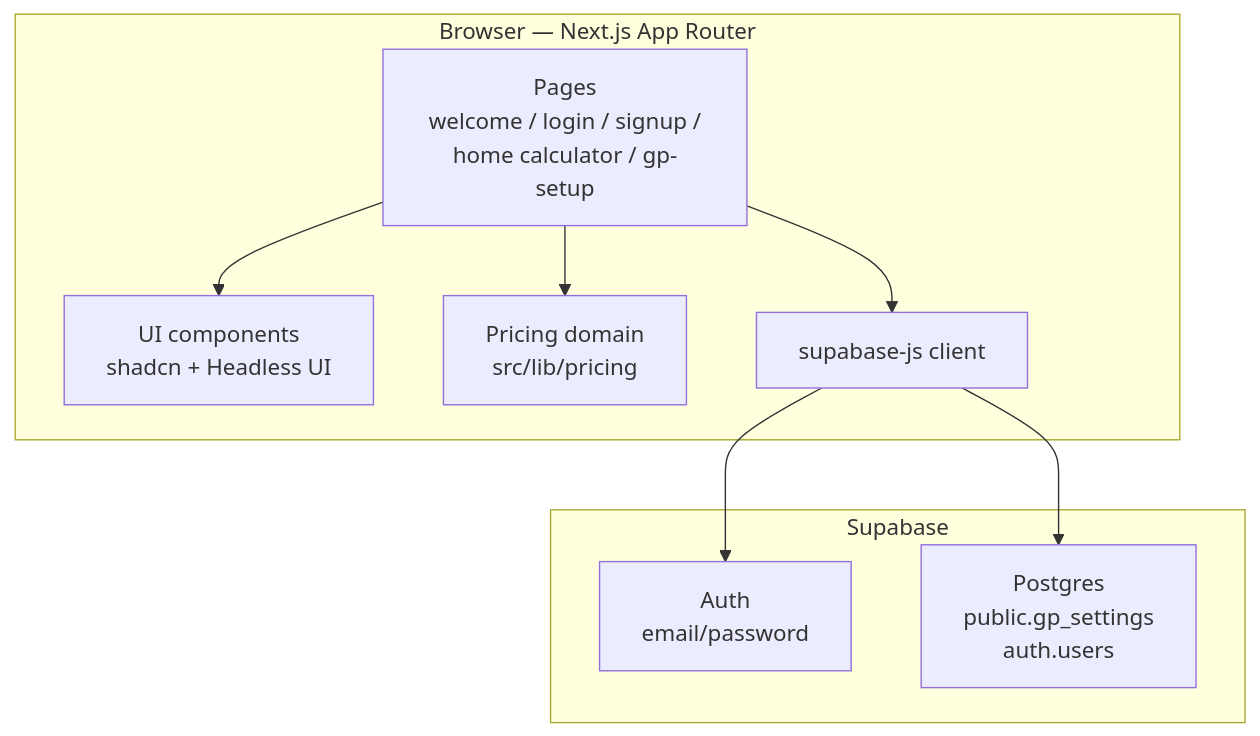
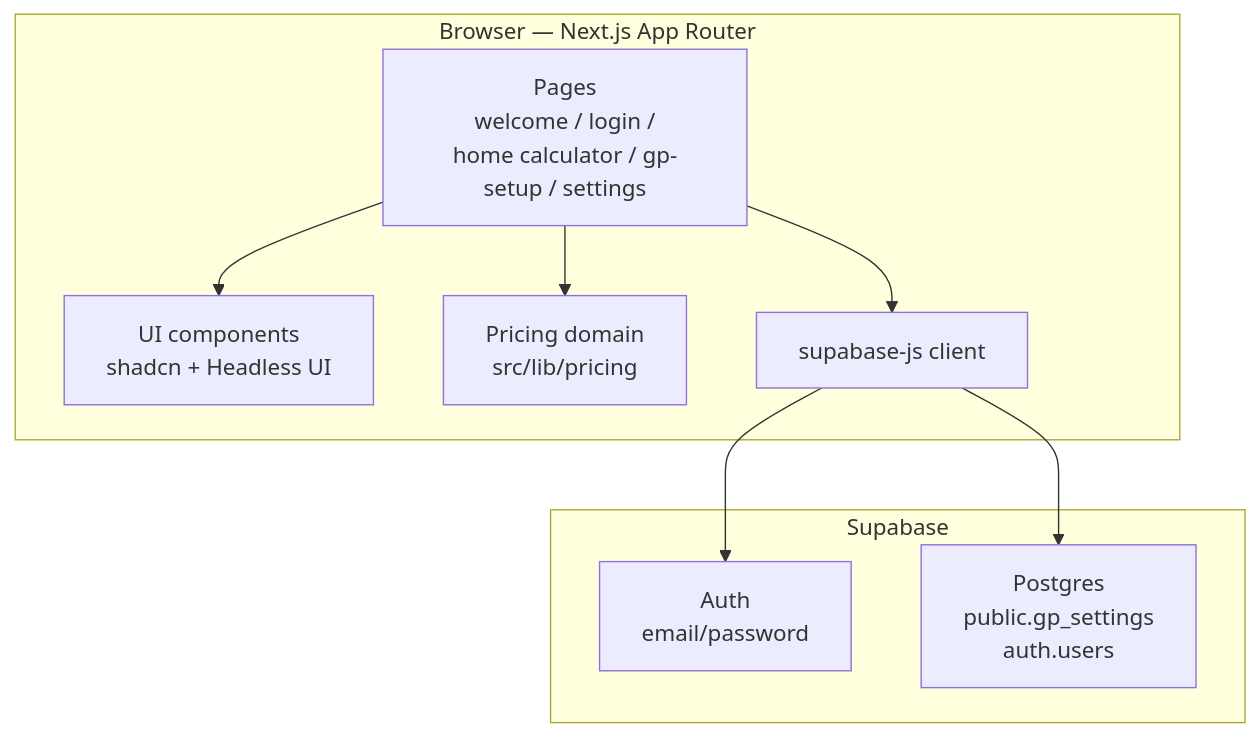
The first of 7 diagrams in docs/ARCHITECTURE.md (DanWarham/wine-gp-calculator), drawn with Mermaid before and after one commit. The commit also changed other lines of this file and 16 other files, not shown here.

````diff
--- a/docs/ARCHITECTURE.md
+++ b/docs/ARCHITECTURE.md
@@ -23,20 +23,20 @@
 ```mermaid
 flowchart TB
   subgraph client ["Browser — Next.js App Router"]
-    Pages["Pages\nwelcome / login / signup /\nhome calculator / gp-setup"]
+    Pages["Pages\nwelcome / login /\nhome calculator / gp-setup / settings"]
     UI["UI components\nshadcn + Headless UI"]
     Domain["Pricing domain\nsrc/lib/pricing"]
     SBClient["supabase-js client"]
     Pages --> UI
     Pages --> Domain
     Pages --> SBClient
   end
 
   subgraph supabase ["Supabase"]
     Auth["Auth\nemail/password"]
     DB["Postgres\npublic.gp_settings\nauth.users"]
   end
 
   SBClient --> Auth
   SBClient --> DB
 ```
````
